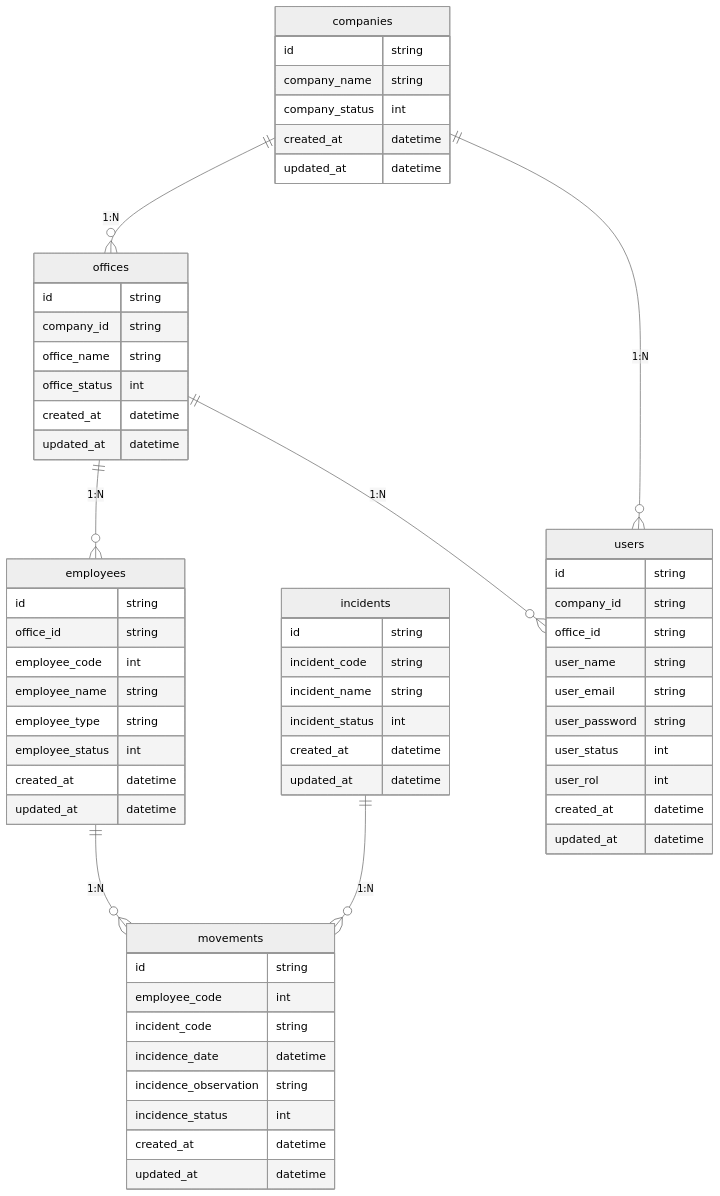
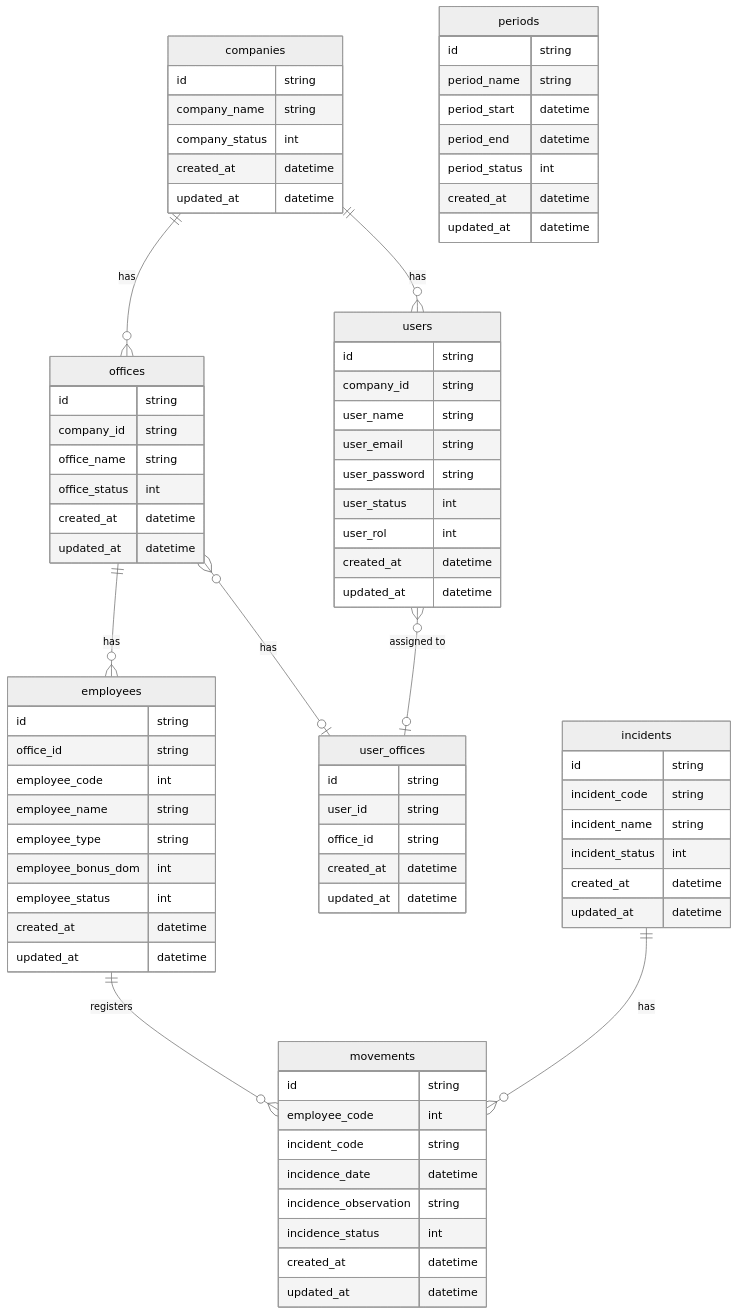
One commit to hahidalgo/incidencias_mx changed the diagram in docuemntation/DM.md. Above: the diagram before and after it, drawn with Mermaid (neutral theme).

Commit message:
Updated diagram

````diff
--- a/docuemntation/DM.md
+++ b/docuemntation/DM.md
@@ -3,65 +3,82 @@
 ```mermaid
 erDiagram
-  companies ||--o{ offices : "1:N"
-  offices ||--o{ employees : "1:N"
-  employees ||--o{ movements : "1:N"
-  incidents ||--o{ movements : "1:N"
-  offices ||--o{ users : "1:N"
-  companies ||--o{ users : "1:N"
+  companies ||--o{ offices : "has"
+  companies ||--o{ users : "has"
+  offices ||--o{ employees : "has"
+  users }o--o| user_offices : "assigned to"
+  offices }o--o| user_offices : "has"
+  employees ||--o{ movements : "registers"
+  incidents ||--o{ movements : "has"
 
   companies {
     id string
     company_name string
     company_status int
     created_at datetime
     updated_at datetime
   }
   offices {
     id string
     company_id string
     office_name string
     office_status int
     created_at datetime
     updated_at datetime
   }
   employees {
     id string
     office_id string
     employee_code int
     employee_name string
     employee_type string
+    employee_bonus_dom int
     employee_status int
     created_at datetime
     updated_at datetime
   }
   incidents {
     id string
     incident_code string
     incident_name string
     incident_status int
     created_at datetime
     updated_at datetime
   }
   movements {
     id string
     employee_code int
     incident_code string
     incidence_date datetime
     incidence_observation string
     incidence_status int
     created_at datetime
     updated_at datetime
   }
   users {
     id string
     company_id string
-    office_id string
     user_name string
     user_email string
     user_password string
     user_status int
     user_rol int
     created_at datetime
     updated_at datetime
   }
+  user_offices {
+    id string
+    user_id string
+    office_id string
+    created_at datetime
+    updated_at datetime
+  }
+  periods {
+    id string
+    period_name string
+    period_start datetime
+    period_end datetime
+    period_status int
+    created_at datetime
+    updated_at datetime
+  }
 ```
````
